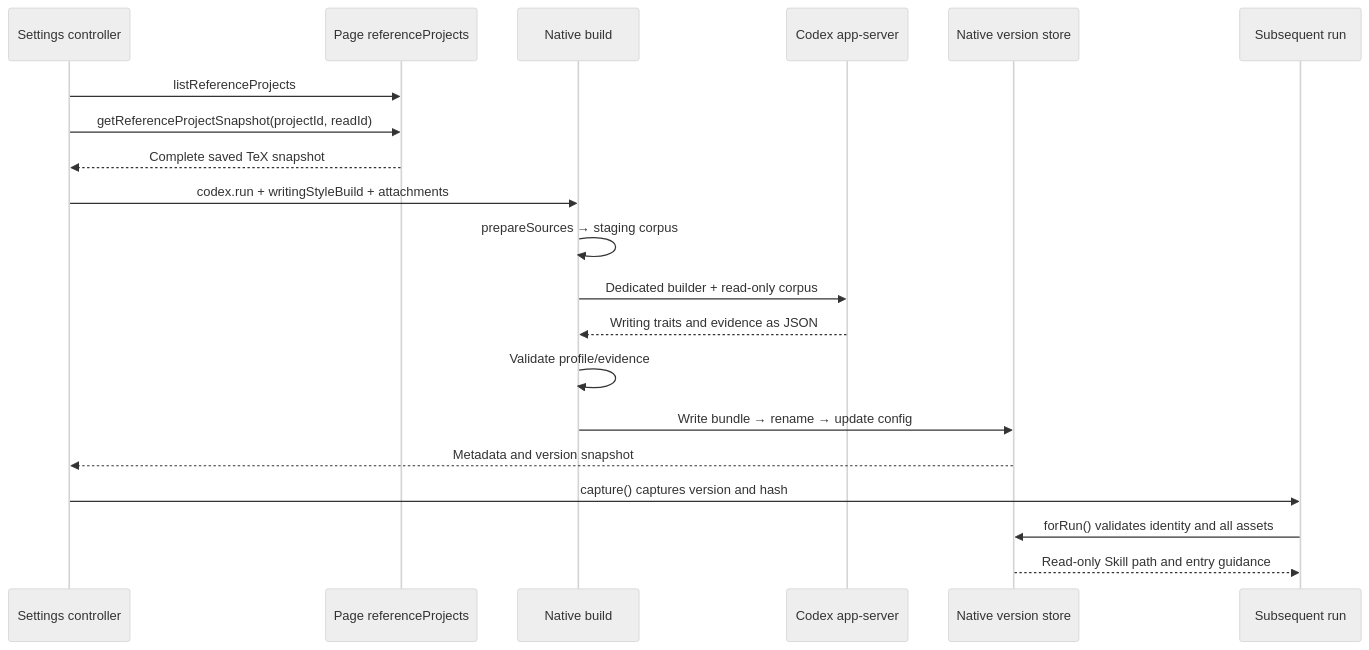
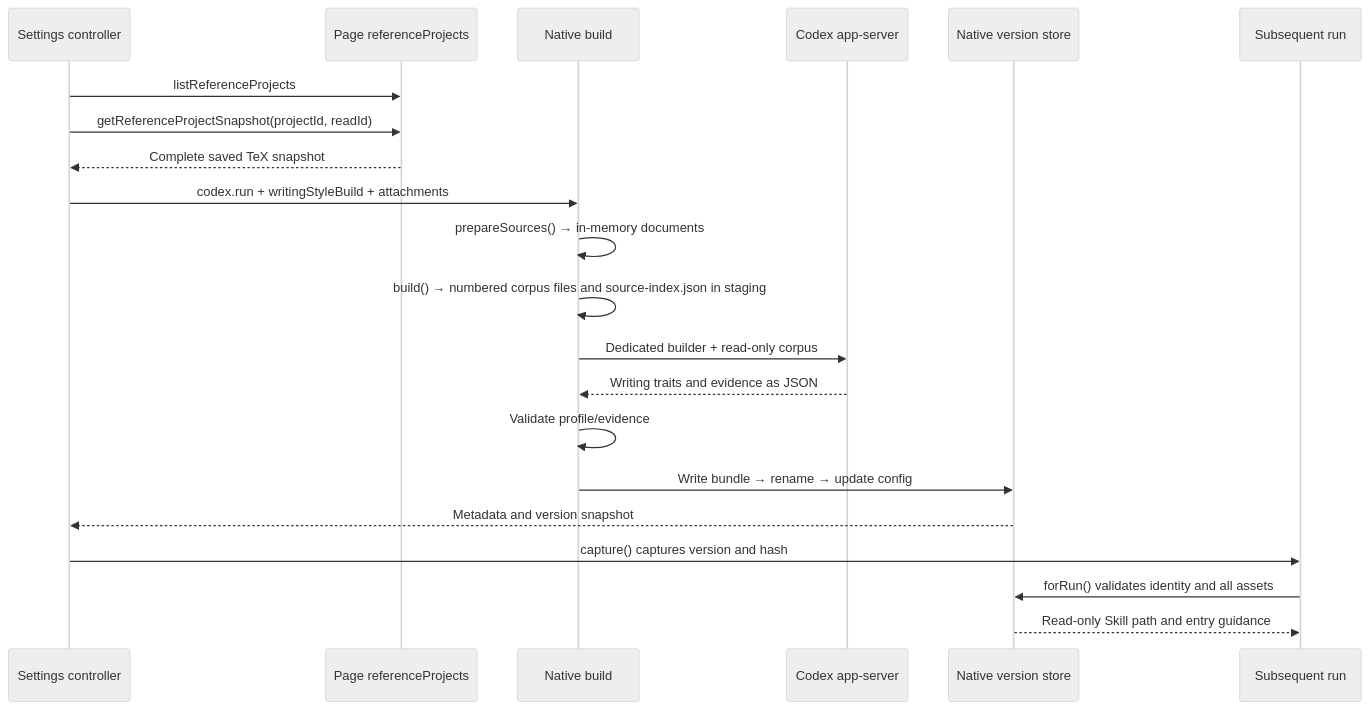
Before and after one commit to Ghqqqq/codex-overleaf-link: the diagram in docs/architecture/writing-style-and-skills.md, drawn with Mermaid (neutral theme). The commit also changed 11 other files, not shown here.

````diff
--- a/docs/architecture/writing-style-and-skills.md
+++ b/docs/architecture/writing-style-and-skills.md
@@ -48,22 +48,23 @@
 ```mermaid
 sequenceDiagram
     participant S as Settings controller
     participant P as Page referenceProjects
     participant N as Native build
     participant A as Codex app-server
     participant V as Native version store
     participant R as Subsequent run
     S->>P: listReferenceProjects
     S->>P: getReferenceProjectSnapshot(projectId, readId)
     P-->>S: Complete saved TeX snapshot
     S->>N: codex.run + writingStyleBuild + attachments
-    N->>N: prepareSources → staging corpus
+    N->>N: prepareSources() → in-memory documents
+    N->>N: build() → numbered corpus files and source-index.json in staging
     N->>A: Dedicated builder + read-only corpus
     A-->>N: Writing traits and evidence as JSON
     N->>N: Validate profile/evidence
     N->>V: Write bundle → rename → update config
     V-->>S: Metadata and version snapshot
     S->>R: capture() captures version and hash
     R->>V: forRun() validates identity and all assets
     V-->>R: Read-only Skill path and entry guidance
 ```
````
